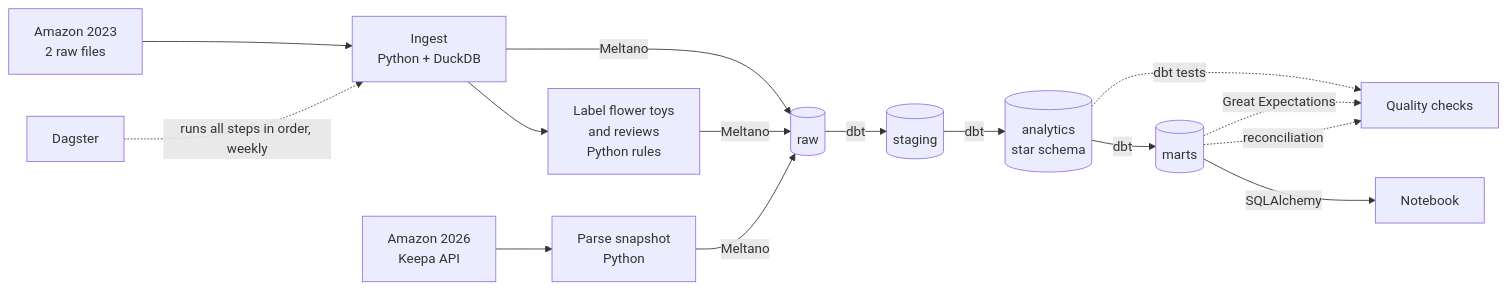
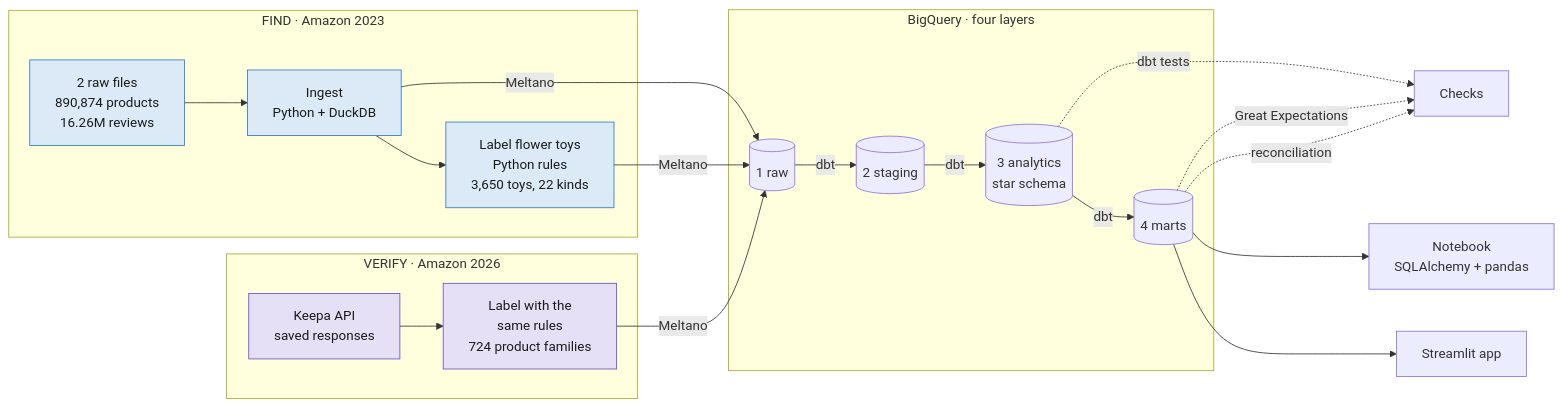
The first of 3 diagrams in README.md (85913286lcr/project2-amazon-us-brick-flowers), drawn with Mermaid before and after one commit. The commit also changed other lines of this file and 11 other files, not shown here.

````diff
--- a/README.md
+++ b/README.md
@@ -22,15 +46,24 @@
 ```mermaid
 flowchart LR
-    A1[Amazon 2023<br/>2 raw files] --> B1[Ingest<br/>Python + DuckDB]
-    B1 --> B2[Label flower toys<br/>and reviews<br/>Python rules]
-    A2[Amazon 2026<br/>Keepa API] --> B3[Parse snapshot<br/>Python]
-    B1 -- Meltano --> C1[(raw)]
-    B2 -- Meltano --> C1
-    B3 -- Meltano --> C1
-    C1 -- dbt --> C2[(staging)] -- dbt --> C3[(analytics<br/>star schema)] -- dbt --> C4[(marts)]
-    C3 -. dbt tests .-> Q[Quality checks]
-    C4 -. Great Expectations .-> Q
-    C4 -. reconciliation .-> Q
-    C4 -- SQLAlchemy --> N[Notebook]
-    D[Dagster] -. runs all steps in order, weekly .-> B1
+    subgraph FIND["FIND · Amazon 2023"]
+        A1["2 raw files<br/>890,874 products<br/>16.26M reviews"] --> B1["Ingest<br/>Python + DuckDB"] --> B2["Label flower toys<br/>Python rules<br/>3,650 toys, 22 kinds"]
+    end
+    subgraph VERIFY["VERIFY · Amazon 2026"]
+        A2["Keepa API<br/>saved responses"] --> B3["Label with the<br/>same rules<br/>724 product families"]
+    end
+    subgraph BQ["BigQuery · four layers"]
+        R[("1 raw")] -- dbt --> S[("2 staging")] -- dbt --> A[("3 analytics<br/>star schema")] -- dbt --> M[("4 marts")]
+    end
+    B1 -- Meltano --> R
+    B2 -- Meltano --> R
+    B3 -- Meltano --> R
+    A -. dbt tests .-> Q["Checks"]
+    M -. Great Expectations .-> Q
+    M -. reconciliation .-> Q
+    M --> N["Notebook<br/>SQLAlchemy + pandas"]
+    M --> ST["Streamlit app"]
+    classDef y23 fill:#DCEAF7,stroke:#2E7BBF,color:#1b1b1b
+    classDef y26 fill:#E6E0F6,stroke:#6B4FC0,color:#1b1b1b
+    class A1,B1,B2 y23
+    class A2,B3 y26
 ```
````
